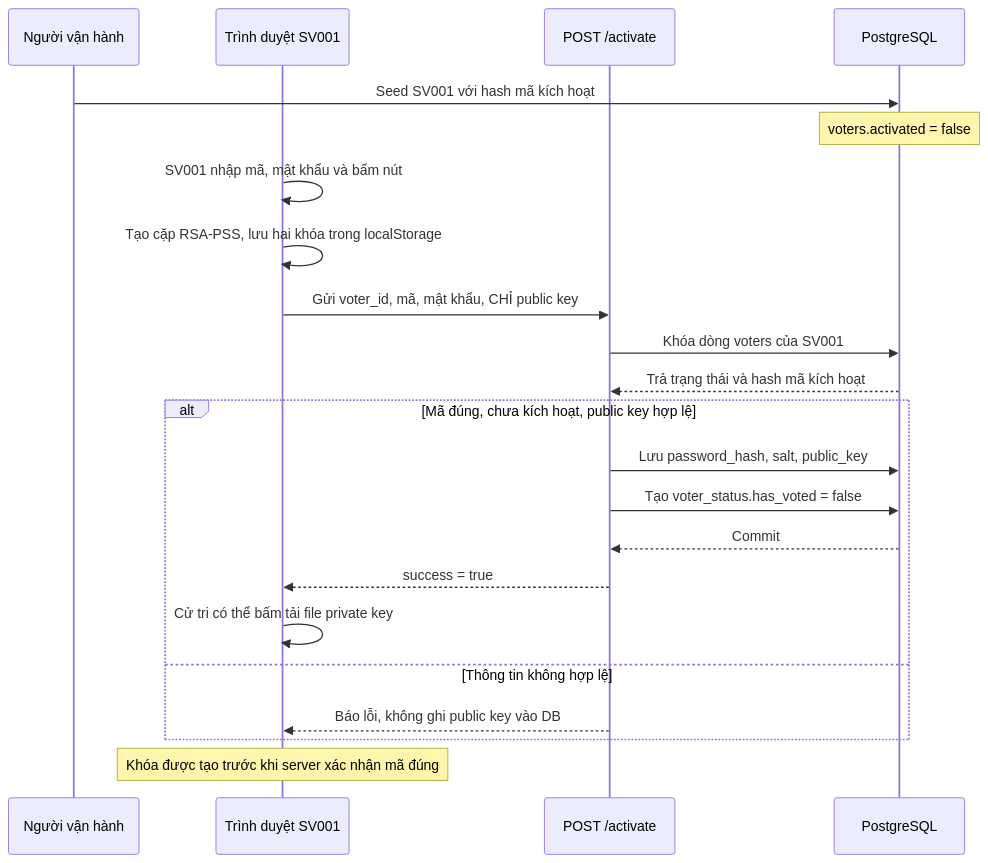
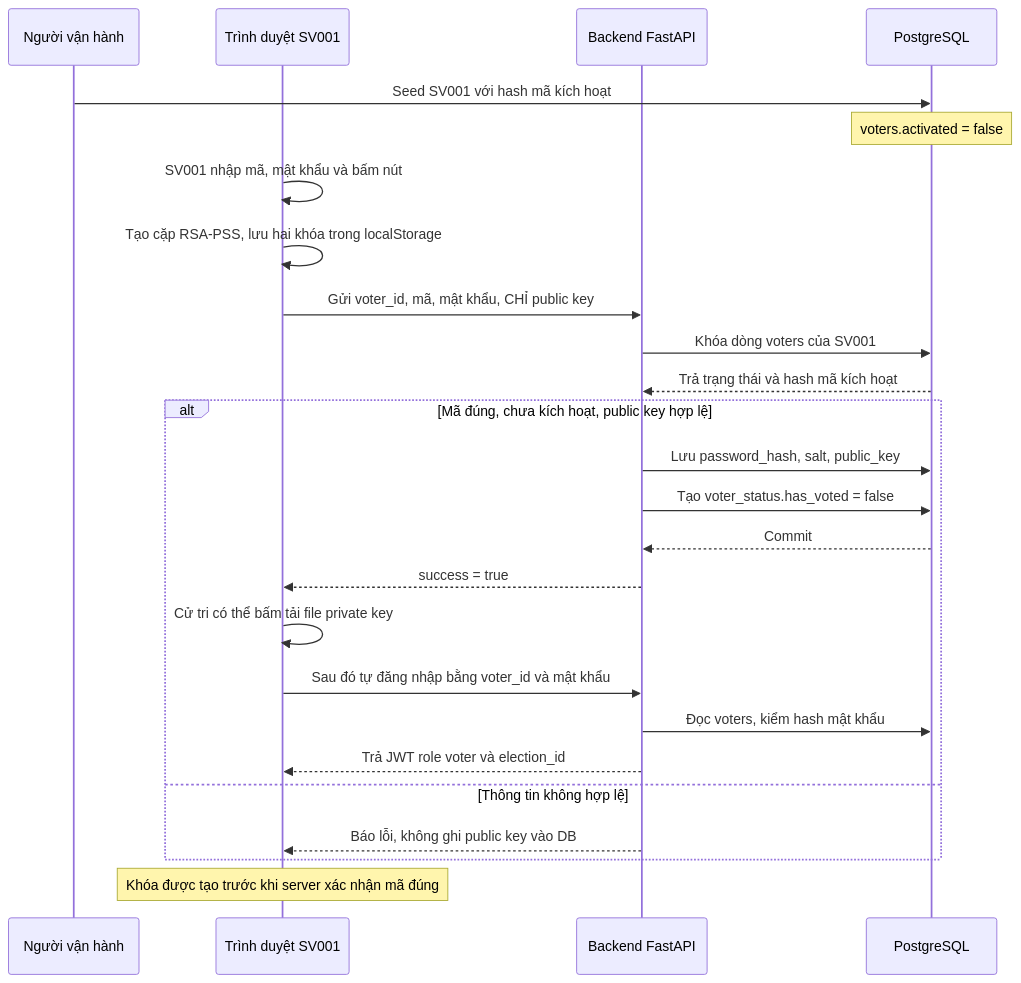
One commit to lam-vu6868/lab3_evoting changed the second of 5 diagrams in docs/BCao.md. Above: the diagram before and after it, drawn with Mermaid. The commit also changed other lines of this file, not shown here.

````diff
--- a/docs/BCao.md
+++ b/docs/BCao.md
@@ -65,24 +44,27 @@
 ```mermaid
 sequenceDiagram
     participant NV as Người vận hành
     participant WEB as Trình duyệt SV001
-    participant API as POST /activate
+    participant API as Backend FastAPI
     participant DB as PostgreSQL
     NV->>DB: Seed SV001 với hash mã kích hoạt
     Note over DB: voters.activated = false
     WEB->>WEB: SV001 nhập mã, mật khẩu và bấm nút
     WEB->>WEB: Tạo cặp RSA-PSS, lưu hai khóa trong localStorage
     WEB->>API: Gửi voter_id, mã, mật khẩu, CHỈ public key
     API->>DB: Khóa dòng voters của SV001
     DB-->>API: Trả trạng thái và hash mã kích hoạt
     alt Mã đúng, chưa kích hoạt, public key hợp lệ
         API->>DB: Lưu password_hash, salt, public_key
         API->>DB: Tạo voter_status.has_voted = false
         DB-->>API: Commit
         API-->>WEB: success = true
         WEB->>WEB: Cử tri có thể bấm tải file private key
+        WEB->>API: Sau đó tự đăng nhập bằng voter_id và mật khẩu
+        API->>DB: Đọc voters, kiểm hash mật khẩu
+        API-->>WEB: Trả JWT role voter và election_id
     else Thông tin không hợp lệ
         API-->>WEB: Báo lỗi, không ghi public key vào DB
     end
     Note over WEB: Khóa được tạo trước khi server xác nhận mã đúng
 ```
````
